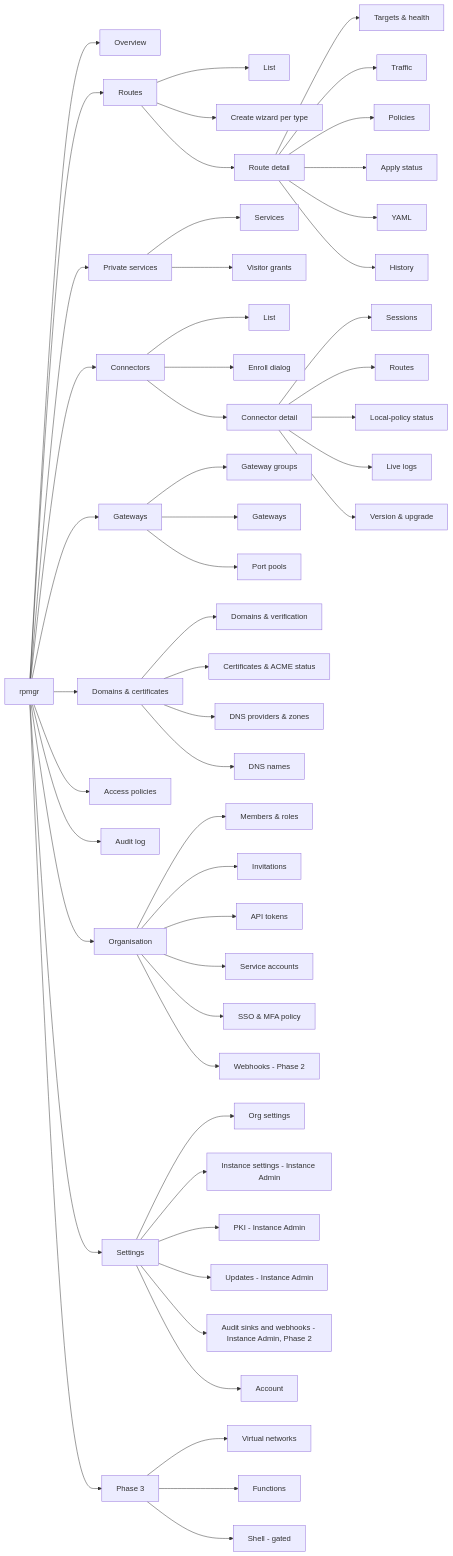
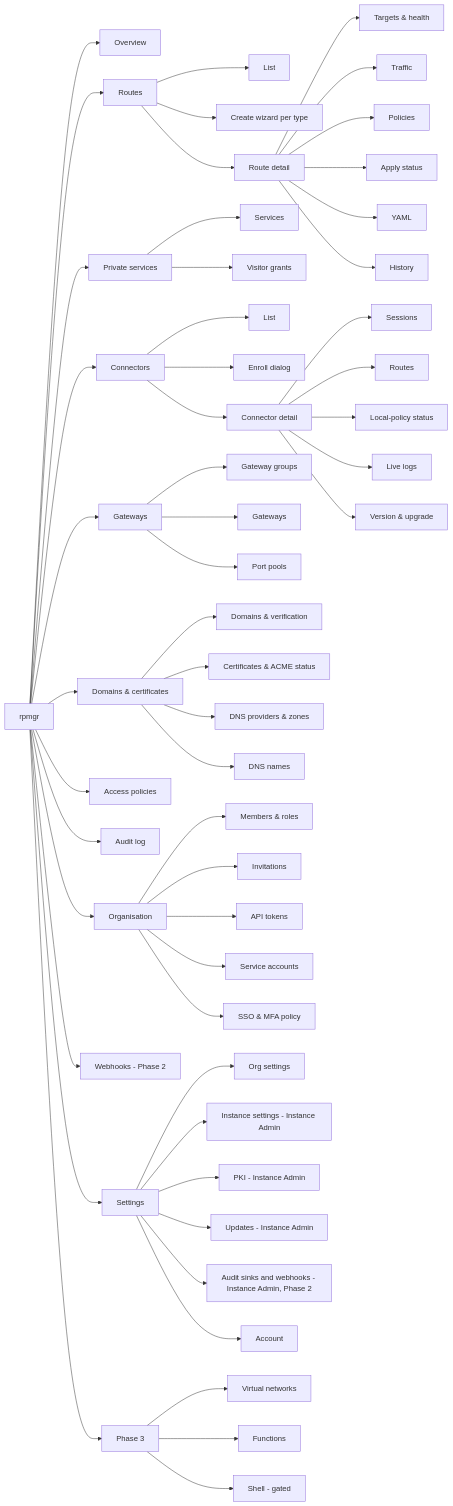
One commit to felix-homelab/rpmgr changed the diagram in docs/09-web-ui.md. Above: the diagram before and after it, drawn with Mermaid. The commit also changed other lines of this file and 13 other files, not shown here.

````diff
--- a/docs/09-web-ui.md
+++ b/docs/09-web-ui.md
@@ -29,24 +29,25 @@
 ```mermaid
 flowchart LR
   ROOT[rpmgr] --> OV[Overview]
   ROOT --> RT[Routes]
   ROOT --> PS[Private services]
   ROOT --> CO[Connectors]
   ROOT --> GW[Gateways]
   ROOT --> DC[Domains & certificates]
   ROOT --> AP[Access policies]
   ROOT --> AU[Audit log]
   ROOT --> ORG[Organisation]
+  ROOT --> WH[Webhooks - Phase 2]
   ROOT --> SET[Settings]
   ROOT --> P3[Phase 3]
   RT --> RT1[List] & RT2[Create wizard per type] & RT3[Route detail]
   RT3 --> RT3a[Targets & health] & RT3b[Traffic] & RT3c[Policies] & RT3d[Apply status] & RT3e[YAML] & RT3f[History]
   PS --> PS1[Services] & PS2[Visitor grants]
   CO --> CO1[List] & CO2[Enroll dialog] & CO3[Connector detail]
   CO3 --> CO3a[Sessions] & CO3b[Routes] & CO3c[Local-policy status] & CO3d[Live logs] & CO3e[Version & upgrade]
   GW --> GW1[Gateway groups] & GW2[Gateways] & GW3[Port pools]
   DC --> DC1[Domains & verification] & DC2[Certificates & ACME status] & DC3[DNS providers & zones] & DC4[DNS names]
-  ORG --> ORG1[Members & roles] & ORG2[Invitations] & ORG3[API tokens] & ORG4[Service accounts] & ORG5[SSO & MFA policy] & ORG6[Webhooks - Phase 2]
+  ORG --> ORG1[Members & roles] & ORG2[Invitations] & ORG3[API tokens] & ORG4[Service accounts] & ORG5[SSO & MFA policy]
   SET --> SET1[Org settings] & SET2[Instance settings - Instance Admin] & SET4[PKI - Instance Admin] & SET5[Updates - Instance Admin] & SET6[Audit sinks and webhooks - Instance Admin, Phase 2] & SET3[Account]
   P3 --> P3a[Virtual networks] & P3b[Functions] & P3c[Shell - gated]
 ```
````
